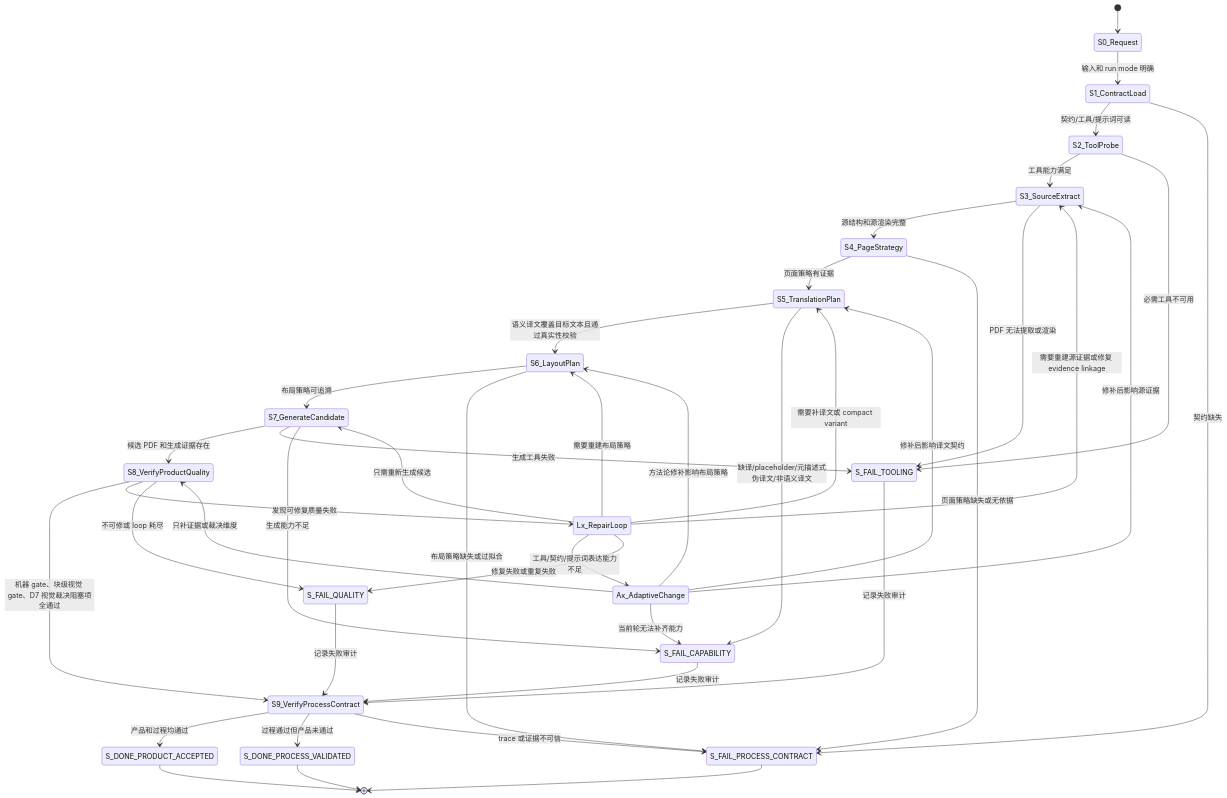
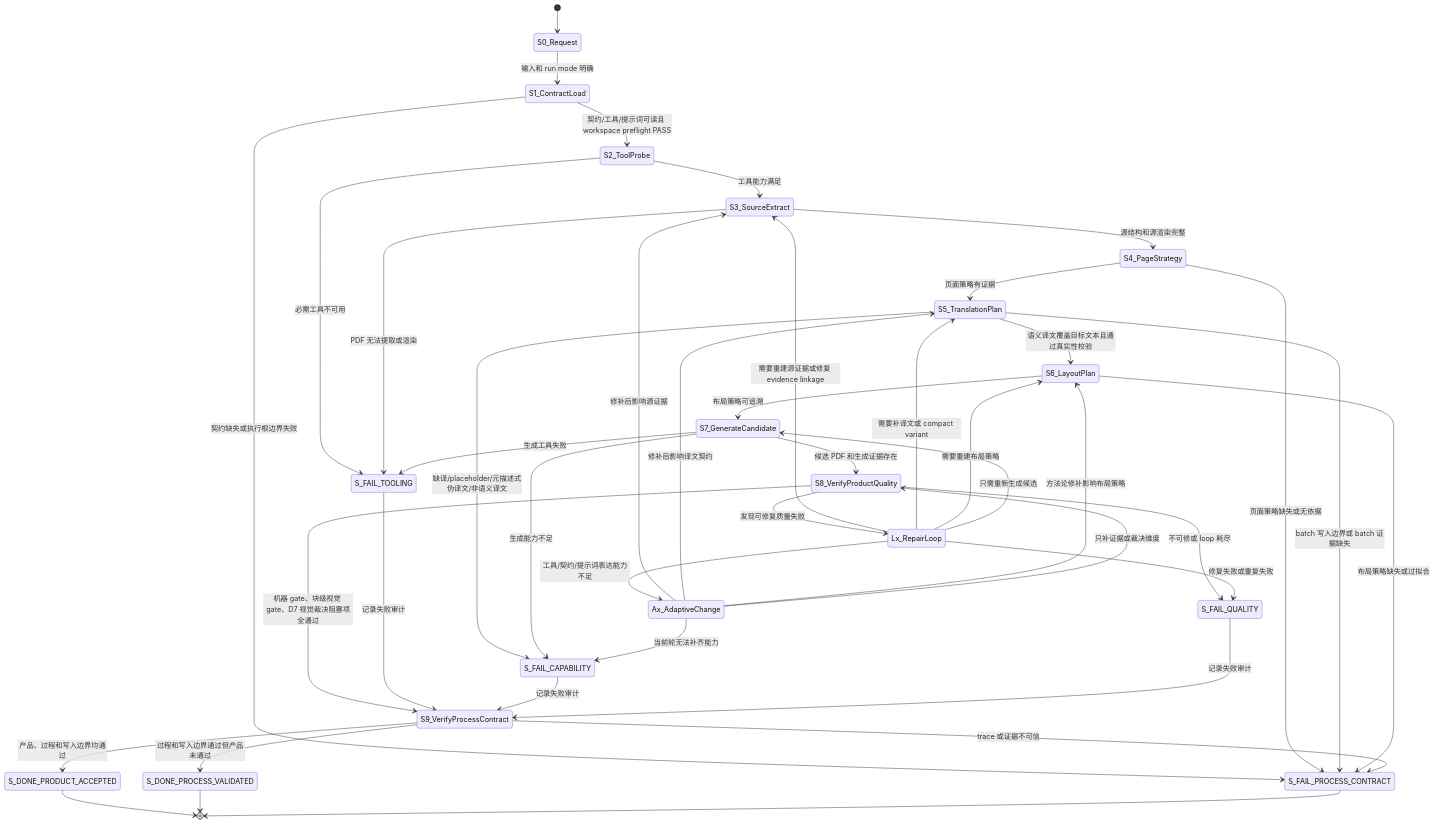
One commit to huacc/transflow changed the first of 8 diagrams in docs/业务流程/PDF_语义翻译回填_标准流程设计.md. Above: the diagram before and after it, drawn with Mermaid. The commit also changed other lines of this file and 11 other files, not shown here.

````diff
--- a/docs/业务流程/PDF_语义翻译回填_标准流程设计.md
+++ b/docs/业务流程/PDF_语义翻译回填_标准流程设计.md
@@ -282,55 +315,56 @@
 ```mermaid
 stateDiagram-v2
   [*] --> S0_Request
   S0_Request --> S1_ContractLoad: 输入和 run mode 明确
-  S1_ContractLoad --> S2_ToolProbe: 契约/工具/提示词可读
-  S1_ContractLoad --> S_FAIL_PROCESS_CONTRACT: 契约缺失
+  S1_ContractLoad --> S2_ToolProbe: 契约/工具/提示词可读且 workspace preflight PASS
+  S1_ContractLoad --> S_FAIL_PROCESS_CONTRACT: 契约缺失或执行根边界失败
 
   S2_ToolProbe --> S3_SourceExtract: 工具能力满足
   S2_ToolProbe --> S_FAIL_TOOLING: 必需工具不可用
 
   S3_SourceExtract --> S4_PageStrategy: 源结构和源渲染完整
   S3_SourceExtract --> S_FAIL_TOOLING: PDF 无法提取或渲染
 
   S4_PageStrategy --> S5_TranslationPlan: 页面策略有证据
   S4_PageStrategy --> S_FAIL_PROCESS_CONTRACT: 页面策略缺失或无依据
 
   S5_TranslationPlan --> S6_LayoutPlan: 语义译文覆盖目标文本且通过真实性校验
   S5_TranslationPlan --> S_FAIL_CAPABILITY: 缺译/placeholder/元描述式伪译文/非语义译文
+  S5_TranslationPlan --> S_FAIL_PROCESS_CONTRACT: batch 写入边界或 batch 证据缺失
 
   S6_LayoutPlan --> S7_GenerateCandidate: 布局策略可追溯
   S6_LayoutPlan --> S_FAIL_PROCESS_CONTRACT: 布局策略缺失或过拟合
 
   S7_GenerateCandidate --> S8_VerifyProductQuality: 候选 PDF 和生成证据存在
   S7_GenerateCandidate --> S_FAIL_TOOLING: 生成工具失败
   S7_GenerateCandidate --> S_FAIL_CAPABILITY: 生成能力不足
 
   S8_VerifyProductQuality --> S9_VerifyProcessContract: 机器 gate、块级视觉 gate、D7 视觉裁决阻塞项全通过
   S8_VerifyProductQuality --> Lx_RepairLoop: 发现可修复质量失败
   S8_VerifyProductQuality --> S_FAIL_QUALITY: 不可修或 loop 耗尽
 
   Lx_RepairLoop --> S3_SourceExtract: 需要重建源证据或修复 evidence linkage
   Lx_RepairLoop --> S5_TranslationPlan: 需要补译文或 compact variant
   Lx_RepairLoop --> S6_LayoutPlan: 需要重建布局策略
   Lx_RepairLoop --> S7_GenerateCandidate: 只需重新生成候选
   Lx_RepairLoop --> Ax_AdaptiveChange: 工具/契约/提示词表达能力不足
   Lx_RepairLoop --> S_FAIL_QUALITY: 修复失败或重复失败
 
   Ax_AdaptiveChange --> S3_SourceExtract: 修补后影响源证据
   Ax_AdaptiveChange --> S5_TranslationPlan: 修补后影响译文契约
   Ax_AdaptiveChange --> S6_LayoutPlan: 方法论修补影响布局策略
   Ax_AdaptiveChange --> S8_VerifyProductQuality: 只补证据或裁决维度
   Ax_AdaptiveChange --> S_FAIL_CAPABILITY: 当前轮无法补齐能力
 
   S_FAIL_TOOLING --> S9_VerifyProcessContract: 记录失败审计
   S_FAIL_CAPABILITY --> S9_VerifyProcessContract: 记录失败审计
   S_FAIL_QUALITY --> S9_VerifyProcessContract: 记录失败审计
 
-  S9_VerifyProcessContract --> S_DONE_PRODUCT_ACCEPTED: 产品和过程均通过
-  S9_VerifyProcessContract --> S_DONE_PROCESS_VALIDATED: 过程通过但产品未通过
+  S9_VerifyProcessContract --> S_DONE_PRODUCT_ACCEPTED: 产品、过程和写入边界均通过
+  S9_VerifyProcessContract --> S_DONE_PROCESS_VALIDATED: 过程和写入边界通过但产品未通过
   S9_VerifyProcessContract --> S_FAIL_PROCESS_CONTRACT: trace 或证据不可信
 
   S_DONE_PRODUCT_ACCEPTED --> [*]
   S_DONE_PROCESS_VALIDATED --> [*]
   S_FAIL_PROCESS_CONTRACT --> [*]
 ```
````
